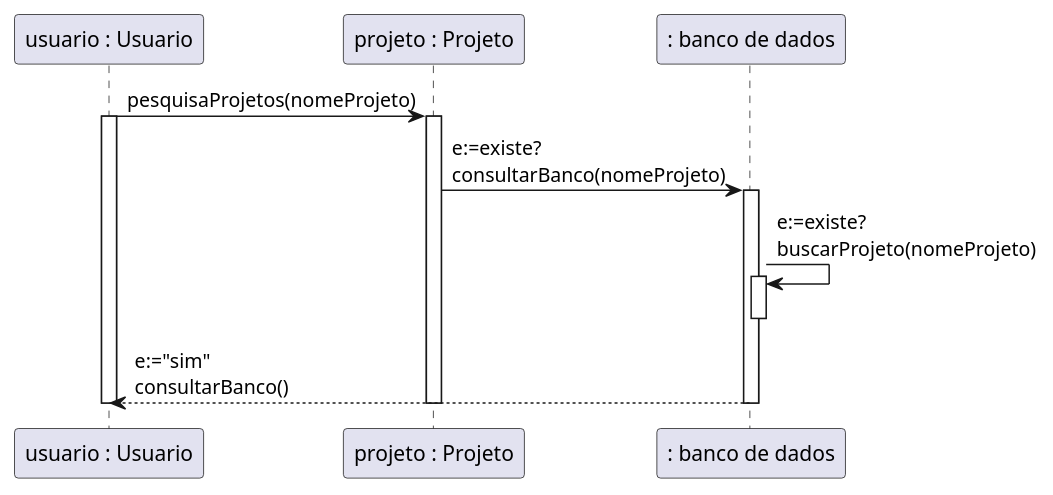
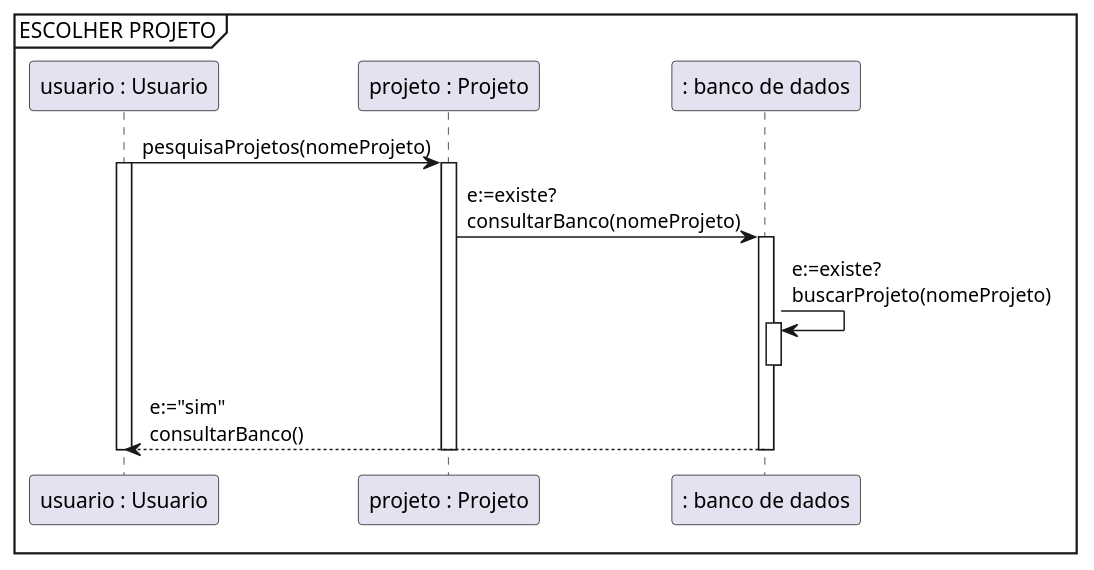
The diagram in Diagrama de Sequencia/sequencia_proj_final_c1.wsd (yurilsn/DiagramasUml), drawn with PlantUML before and after one commit. The commit also changed 4 other files, not shown here.

```diff
--- a/Diagrama de Sequencia/sequencia_proj_final_c1.wsd
+++ b/Diagrama de Sequencia/sequencia_proj_final_c1.wsd
@@ -4,27 +4,25 @@
 @startuml
-' ESCOLHER PROJETO
-
-
+mainframe ESCOLHER PROJETO
 
     "usuario : Usuario" as usuario -> "projeto : Projeto" as projeto : pesquisaProjetos(nomeProjeto)
     activate usuario
 
     activate projeto
     projeto -> ": banco de dados" as bd: e:=existe? \nconsultarBanco(nomeProjeto)
     activate bd
 
 
 
     bd -> bd: e:=existe? \nbuscarProjeto(nomeProjeto)
     activate bd
 
 
     deactivate bd
     bd --> usuario: e:="sim" \nconsultarBanco()
     deactivate bd
     deactivate projeto
     deactivate usuario
 
 
       
 @enduml
```
